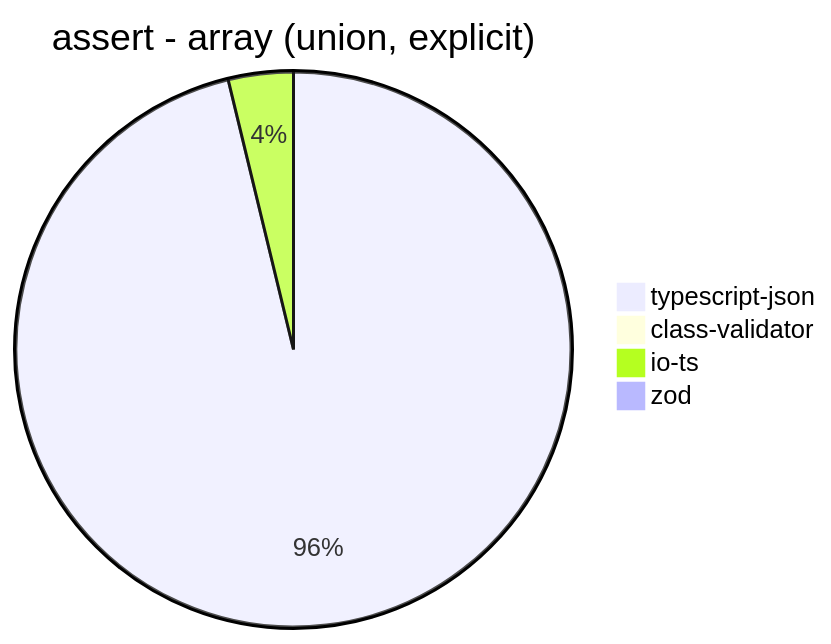
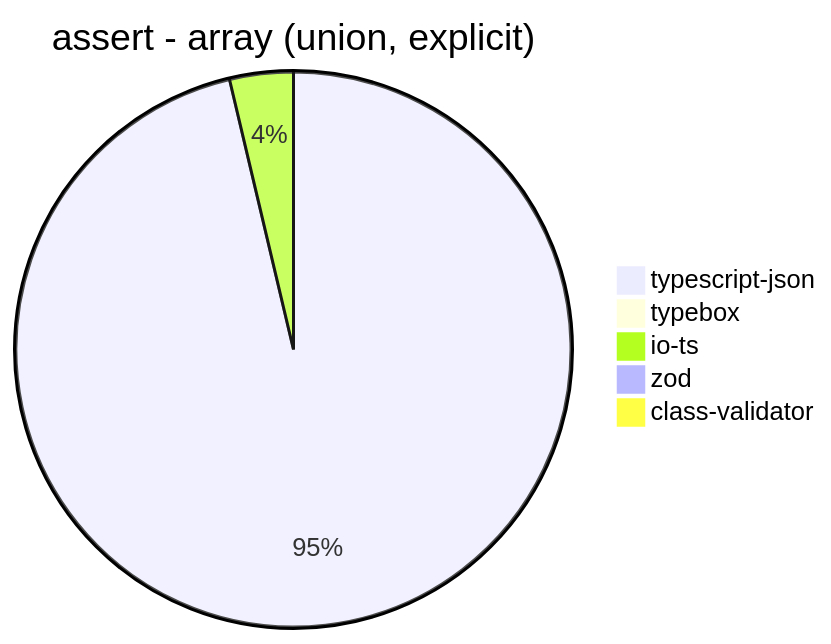
One commit to samchon/typia changed diagram 14 of 39 in benchmark/results/AMD Ryzen 9 5900HX with Radeon Graphics.md. Above: the diagram before and after it, drawn with Mermaid. The commit also changed other lines of this file and 7 other files, not shown here.

````diff
--- a/benchmark/results/AMD Ryzen 9 5900HX with Radeon Graphics.md
+++ b/benchmark/results/AMD Ryzen 9 5900HX with Radeon Graphics.md
@@ -163,7 +176,8 @@
 ```mermaid
 pie title assert - array (union, explicit)
-  "typescript-json": 2321.2836591663595
-  "class-validator": 8.12274368231047
-  "io-ts": 91.19095385737735
-  "zod": 2.9784065524944157
+  "typescript-json": 2311.2826166850423
+  "typebox": 20.596962820736604
+  "io-ts": 88.85597926693816
+  "zod": 2.97785222408338
+  "class-validator": 7.978241160471442
 ```
````
